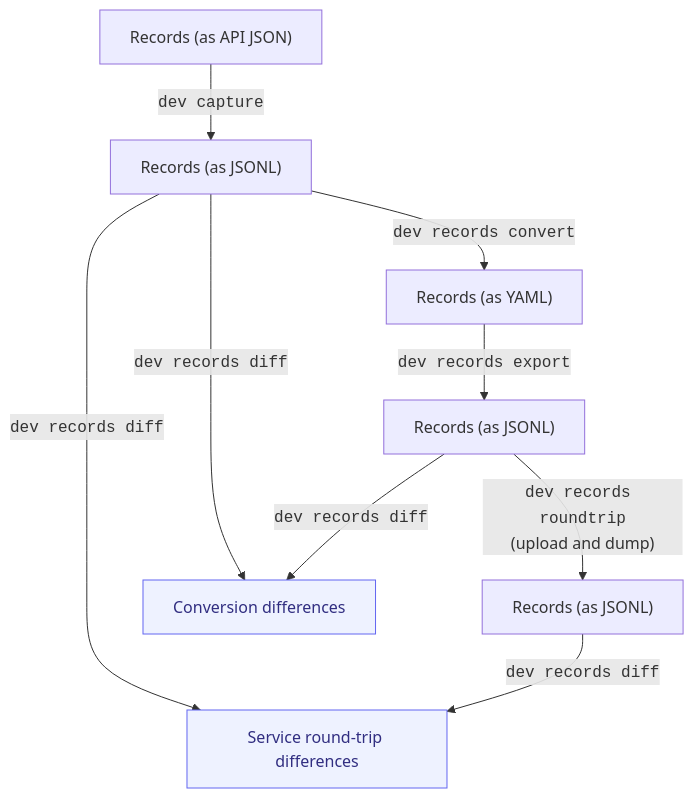
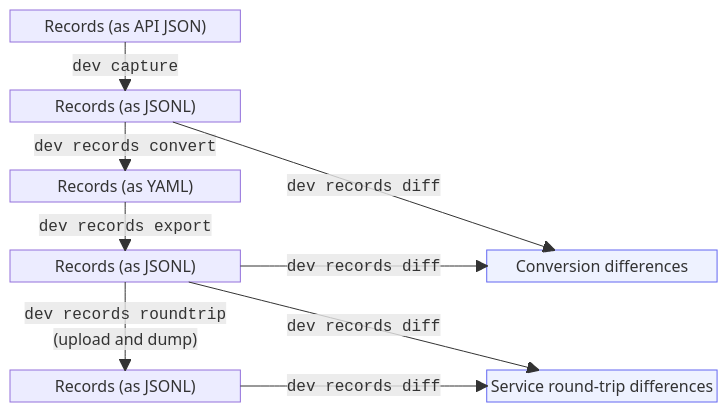
Before and after one commit to ORINOCO-Lite/orinoco-lite-dev: the first of 2 diagrams in docs/agents/staged-upstream-validation.md, drawn with Mermaid. The commit also changed other lines of this file, not shown here.

First line of the commit message:
docs: align validation diagrams around the data flow

````diff
--- a/docs/agents/staged-upstream-validation.md
+++ b/docs/agents/staged-upstream-validation.md
@@ -34,12 +34,25 @@
 ```mermaid
-flowchart TB
-  pool["Records (as API JSON)"] -->|"<code>dev capture</code>"| raw["Records (as JSONL)"]
-  raw -->|"<code>dev records convert</code>"| stored["Records (as YAML)"]
-  stored -->|"<code>dev records export</code>"| joined["Records (as JSONL)"]
-  joined -->|"<code>dev records roundtrip</code><br/>(upload and dump)"| returned["Records (as JSONL)"]
-  raw -->|"<code>dev records diff</code>"| storedreport["Conversion differences"]:::report
-  joined -->|"<code>dev records diff</code>"| storedreport
-  raw -->|"<code>dev records diff</code>"| servicereport["Service round-trip differences"]:::report
-  returned -->|"<code>dev records diff</code>"| servicereport
+block-beta
+  columns 3
+  pool["Records (as API JSON)"] space:2
+  space:3
+  raw["Records (as JSONL)"] space:2
+  space:3
+  stored["Records (as YAML)"] space:2
+  space:3
+  exported["Records (as JSONL)"] space conversion["Conversion differences"]
+  space:3
+  space:3
+  returned["Records (as JSONL)"] space service["Service round-trip differences"]
+
+  pool -- "<code>dev capture</code>" --> raw
+  raw -- "<code>dev records convert</code>" --> stored
+  stored -- "<code>dev records export</code>" --> exported
+  exported -- "<code>dev records roundtrip</code><br/>(upload and dump)" --> returned
+  raw -- "<code>dev records diff</code>" --> conversion
+  exported -- "<code>dev records diff</code>" --> conversion
+  exported -- "<code>dev records diff</code>" --> service
+  returned -- "<code>dev records diff</code>" --> service
   classDef report fill:#eef2ff,stroke:#6366f1,color:#312e81
+  class conversion,service report
 ```
````
